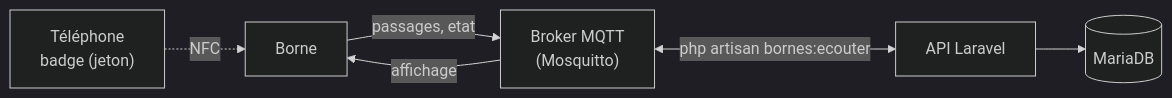
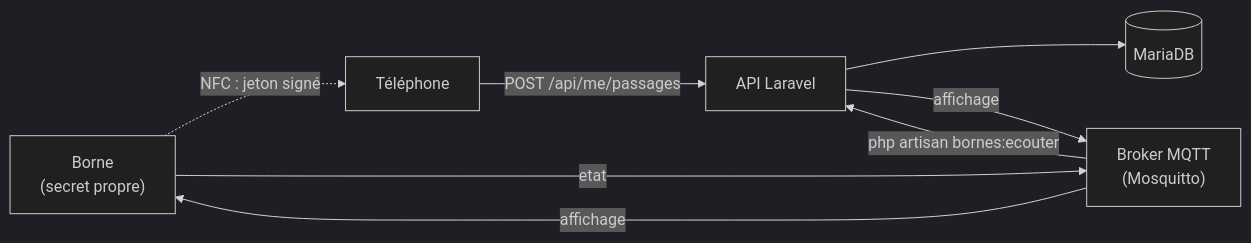
One commit to Scubatana/scubanion changed the diagram in docs/mqtt.md. Above: the diagram before and after it, drawn with Mermaid (dark theme). The commit also changed other lines of this file and 2 other files, not shown here.

First line of the commit message:
docs: décrire le jeton des bornes et mettre le cahier des charges à jour

````diff
--- a/docs/mqtt.md
+++ b/docs/mqtt.md
@@ -5,8 +5,10 @@
 ```mermaid
 flowchart LR
-  TEL["Téléphone<br/>badge (jeton)"] -.->|NFC| BORNE["Borne"]
-  BORNE -->|passages, etat| BROKER["Broker MQTT<br/>(Mosquitto)"]
+  BORNE["Borne<br/>(secret propre)"] -.->|NFC : jeton signé| TEL["Téléphone"]
+  TEL -->|POST /api/me/passages| API["API Laravel"]
+  API --> DB[("MariaDB")]
+  BORNE -->|etat| BROKER["Broker MQTT<br/>(Mosquitto)"]
+  BROKER -->|php artisan bornes:ecouter| API
+  API -->|affichage| BROKER
   BROKER -->|affichage| BORNE
-  BROKER <-->|php artisan bornes:ecouter| API["API Laravel"]
-  API --> DB[("MariaDB")]
 ```
````
